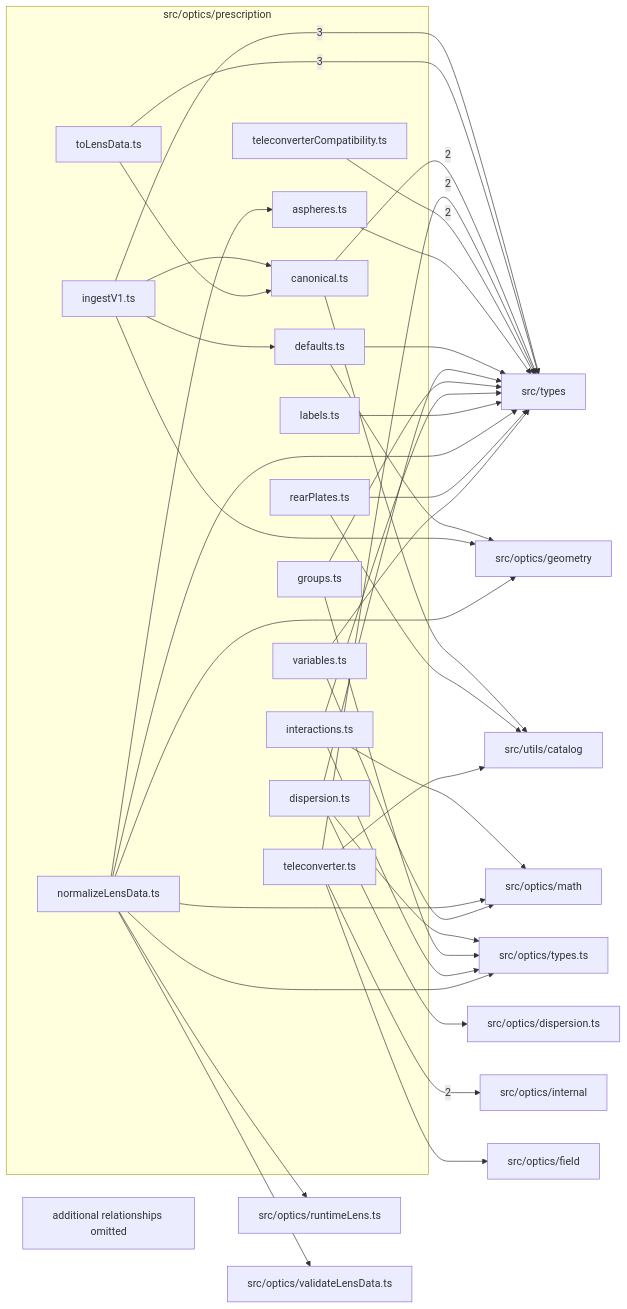
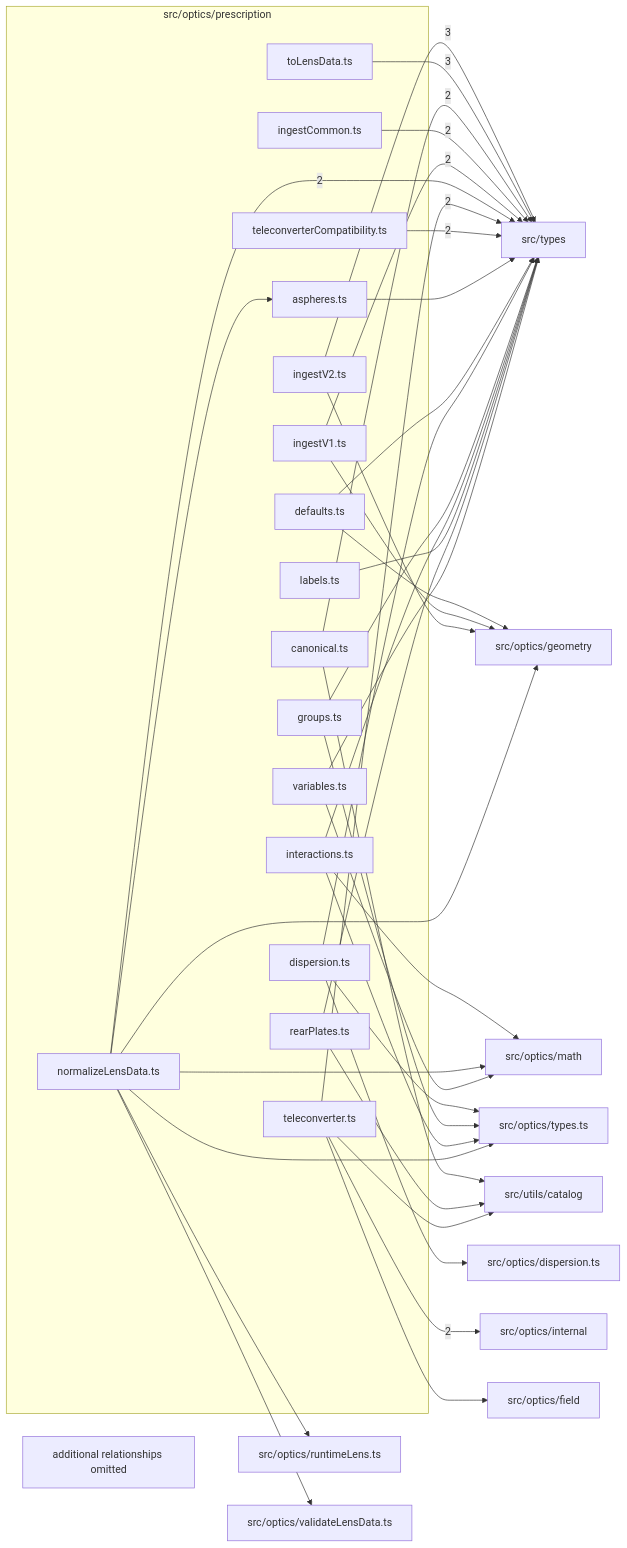
One commit to BeamFour/LensVisualizer changed the diagram in src/optics/prescription/readme.md. Above: the diagram before and after it, drawn with Mermaid. The commit also changed other lines of this file and 31 other files, not shown here.

First line of the commit message:
S2.P2.T1 V2 types and ingest (#795)

````diff
--- a/src/optics/prescription/readme.md
+++ b/src/optics/prescription/readme.md
@@ -9,66 +9,68 @@
 ```mermaid
 flowchart LR
   subgraph n_src_optics_prescription["src/optics/prescription"]
     n_src_optics_prescription_src_optics_prescription_aspheres_ts["aspheres.ts"]
     n_src_optics_prescription_src_optics_prescription_canonical_ts["canonical.ts"]
     n_src_optics_prescription_src_optics_prescription_defaults_ts["defaults.ts"]
     n_src_optics_prescription_src_optics_prescription_dispersion_ts["dispersion.ts"]
     n_src_optics_prescription_src_optics_prescription_groups_ts["groups.ts"]
+    n_src_optics_prescription_src_optics_prescription_ingestCommon_ts["ingestCommon.ts"]
     n_src_optics_prescription_src_optics_prescription_ingestV1_ts["ingestV1.ts"]
+    n_src_optics_prescription_src_optics_prescription_ingestV2_ts["ingestV2.ts"]
     n_src_optics_prescription_src_optics_prescription_interactions_ts["interactions.ts"]
     n_src_optics_prescription_src_optics_prescription_labels_ts["labels.ts"]
     n_src_optics_prescription_src_optics_prescription_normalizeLensData_ts["normalizeLensData.ts"]
     n_src_optics_prescription_src_optics_prescription_rearPlates_ts["rearPlates.ts"]
     n_src_optics_prescription_src_optics_prescription_teleconverter_ts["teleconverter.ts"]
     n_src_optics_prescription_src_optics_prescription_teleconverterCompatibility_ts["teleconverterCompatibility.ts"]
     n_src_optics_prescription_src_optics_prescription_toLensData_ts["toLensData.ts"]
     n_src_optics_prescription_src_optics_prescription_variables_ts["variables.ts"]
   end
   n_external_src_types["src/types"]
   n_external_src_optics_internal["src/optics/internal"]
   n_external_src_optics_dispersion_ts["src/optics/dispersion.ts"]
   n_external_src_optics_field["src/optics/field"]
   n_external_src_optics_geometry["src/optics/geometry"]
   n_external_src_optics_math["src/optics/math"]
   n_external_src_optics_runtimeLens_ts["src/optics/runtimeLens.ts"]
   n_external_src_optics_types_ts["src/optics/types.ts"]
   n_external_src_optics_validateLensData_ts["src/optics/validateLensData.ts"]
   n_external_src_utils_catalog["src/utils/catalog"]
-  n_src_optics_prescription_src_optics_prescription_ingestV1_ts --> |3| n_external_src_types
+  n_src_optics_prescription_src_optics_prescription_ingestV2_ts --> |3| n_external_src_types
   n_src_optics_prescription_src_optics_prescription_toLensData_ts --> |3| n_external_src_types
   n_src_optics_prescription_src_optics_prescription_teleconverter_ts --> |2| n_external_src_optics_internal
   n_src_optics_prescription_src_optics_prescription_canonical_ts --> |2| n_external_src_types
+  n_src_optics_prescription_src_optics_prescription_ingestCommon_ts --> |2| n_external_src_types
+  n_src_optics_prescription_src_optics_prescription_ingestV1_ts --> |2| n_external_src_types
+  n_src_optics_prescription_src_optics_prescription_normalizeLensData_ts --> |2| n_external_src_types
   n_src_optics_prescription_src_optics_prescription_teleconverter_ts --> |2| n_external_src_types
   n_src_optics_prescription_src_optics_prescription_teleconverterCompatibility_ts --> |2| n_external_src_types
   n_src_optics_prescription_src_optics_prescription_dispersion_ts --> n_external_src_optics_dispersion_ts
   n_src_optics_prescription_src_optics_prescription_teleconverter_ts --> n_external_src_optics_field
   n_src_optics_prescription_src_optics_prescription_defaults_ts --> n_external_src_optics_geometry
   n_src_optics_prescription_src_optics_prescription_ingestV1_ts --> n_external_src_optics_geometry
+  n_src_optics_prescription_src_optics_prescription_ingestV2_ts --> n_external_src_optics_geometry
   n_src_optics_prescription_src_optics_prescription_normalizeLensData_ts --> n_external_src_optics_geometry
   n_src_optics_prescription_src_optics_prescription_interactions_ts --> n_external_src_optics_math
   n_src_optics_prescription_src_optics_prescription_normalizeLensData_ts --> n_external_src_optics_math
   n_src_optics_prescription_src_optics_prescription_variables_ts --> n_external_src_optics_math
   n_src_optics_prescription_src_optics_prescription_normalizeLensData_ts --> n_external_src_optics_runtimeLens_ts
   n_src_optics_prescription_src_optics_prescription_dispersion_ts --> n_external_src_optics_types_ts
   n_src_optics_prescription_src_optics_prescription_groups_ts --> n_external_src_optics_types_ts
   n_src_optics_prescription_src_optics_prescription_interactions_ts --> n_external_src_optics_types_ts
   n_src_optics_prescription_src_optics_prescription_normalizeLensData_ts --> n_external_src_optics_types_ts
   n_src_optics_prescription_src_optics_prescription_normalizeLensData_ts --> n_external_src_optics_validateLensData_ts
   n_src_optics_prescription_src_optics_prescription_aspheres_ts --> n_external_src_types
   n_src_optics_prescription_src_optics_prescription_defaults_ts --> n_external_src_types
   n_src_optics_prescription_src_optics_prescription_dispersion_ts --> n_external_src_types
   n_src_optics_prescription_src_optics_prescription_groups_ts --> n_external_src_types
   n_src_optics_prescription_src_optics_prescription_interactions_ts --> n_external_src_types
   n_src_optics_prescription_src_optics_prescription_labels_ts --> n_external_src_types
-  n_src_optics_prescription_src_optics_prescription_normalizeLensData_ts --> n_external_src_types
   n_src_optics_prescription_src_optics_prescription_rearPlates_ts --> n_external_src_types
   n_src_optics_prescription_src_optics_prescription_variables_ts --> n_external_src_types
   n_src_optics_prescription_src_optics_prescription_canonical_ts --> n_external_src_utils_catalog
   n_src_optics_prescription_src_optics_prescription_rearPlates_ts --> n_external_src_utils_catalog
   n_src_optics_prescription_src_optics_prescription_teleconverter_ts --> n_external_src_utils_catalog
   n_src_optics_prescription_src_optics_prescription_normalizeLensData_ts --> n_src_optics_prescription_src_optics_prescription_aspheres_ts
-  n_src_optics_prescription_src_optics_prescription_ingestV1_ts --> n_src_optics_prescription_src_optics_prescription_canonical_ts
-  n_src_optics_prescription_src_optics_prescription_toLensData_ts --> n_src_optics_prescription_src_optics_prescription_canonical_ts
-  n_src_optics_prescription_src_optics_prescription_ingestV1_ts --> n_src_optics_prescription_src_optics_prescription_defaults_ts
   n_src_optics_prescription_truncated["additional relationships omitted"]
 ```
````
